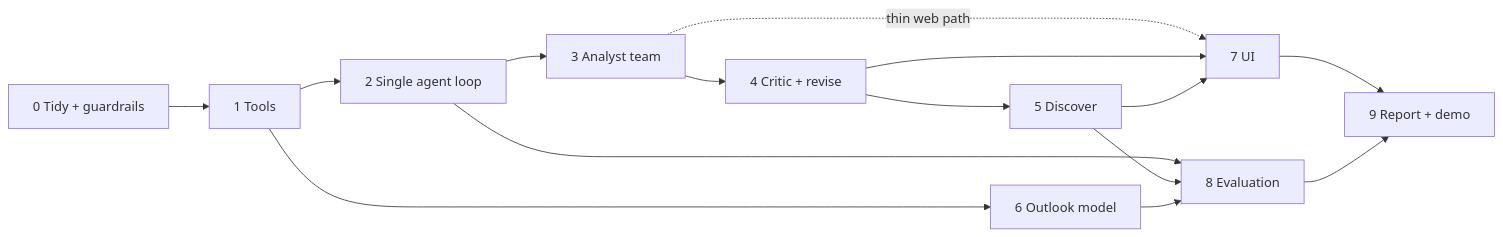
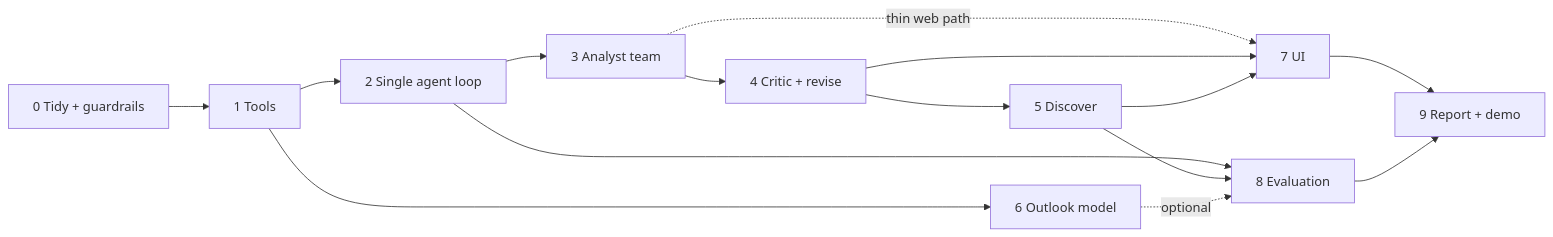
Before and after one commit to ivan00105/Agentic-System-for-Investment-Research: the second of 2 diagrams in PROJECT_GUIDE.md, drawn with Mermaid. The commit also changed other lines of this file and 1 other file, not shown here.

First line of the commit message:
docs(guide): bring the TL;DR, flowcharts and Phase 8 notes up to date

````diff
--- a/PROJECT_GUIDE.md
+++ b/PROJECT_GUIDE.md
@@ -308,17 +308,17 @@
 ```mermaid
 flowchart LR
     P0[0 Tidy + guardrails] --> P1[1 Tools]
     P1 --> P2[2 Single agent loop]
     P2 --> P3[3 Analyst team]
     P3 --> P4[4 Critic + revise]
     P4 --> P5[5 Discover]
     P1 --> P6[6 Outlook model]
     P3 -. thin web path .-> P7[7 UI]
     P4 --> P7
     P5 --> P7
     P2 --> P8[8 Evaluation]
     P5 --> P8
-    P6 --> P8
+    P6 -. optional .-> P8
     P7 --> P9[9 Report + demo]
     P8 --> P9
 ```
````
